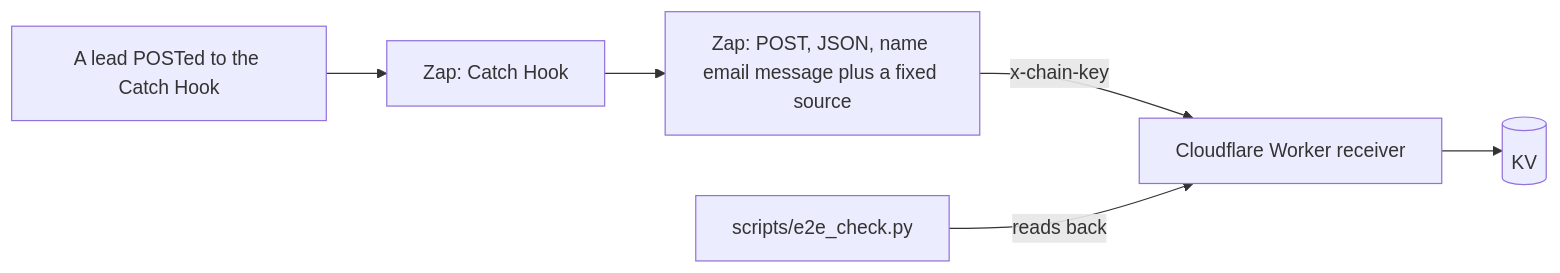
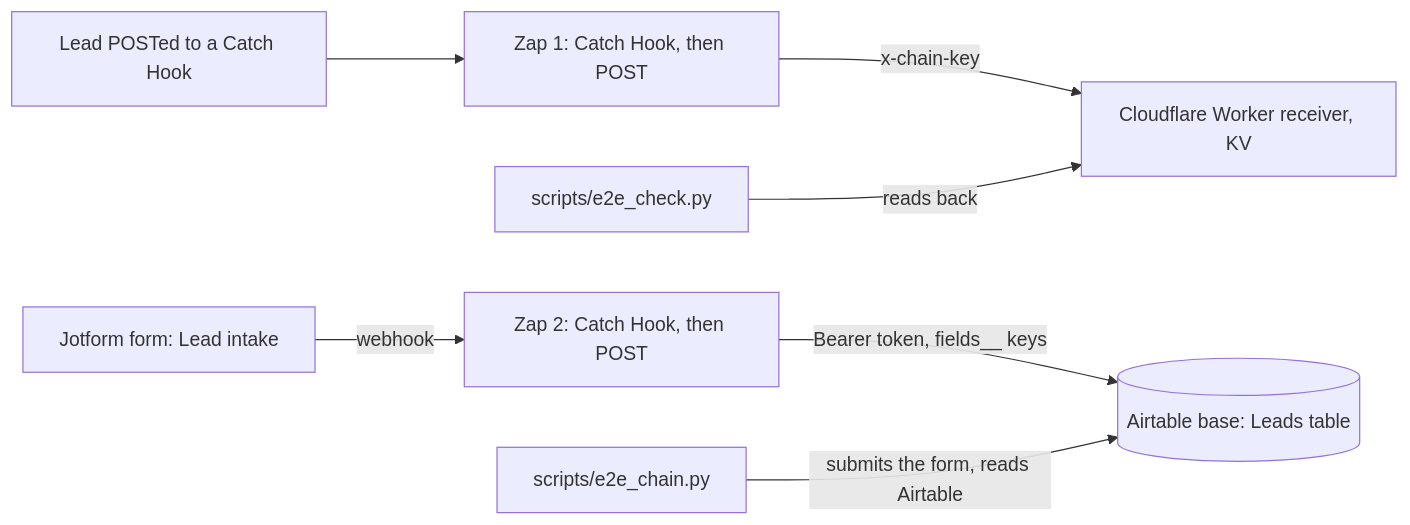
One commit to Exalt24/zapier-lead-intake-lab changed the diagram in README.md. Above: the diagram before and after it, drawn with Mermaid. The commit also changed other lines of this file and 9 other files, not shown here.

First line of the commit message:
Add a Jotform to Zapier to Airtable chain with its own end-to-end check

````diff
--- a/README.md
+++ b/README.md
@@ -7,8 +10,9 @@
 ```mermaid
 flowchart LR
-  A[A lead POSTed to the Catch Hook] --> B[Zap: Catch Hook]
-  B --> C[Zap: POST, JSON, name email message plus a fixed source]
-  C -->|x-chain-key| D[Cloudflare Worker receiver]
-  D --> E[(KV)]
-  F[scripts/e2e_check.py] -->|reads back| D
+  A[Lead POSTed to a Catch Hook] --> B[Zap 1: Catch Hook, then POST]
+  B -->|x-chain-key| C[Cloudflare Worker receiver, KV]
+  J[Jotform form: Lead intake] -->|webhook| K[Zap 2: Catch Hook, then POST]
+  K -->|Bearer token, fields__ keys| L[(Airtable base: Leads table)]
+  M[scripts/e2e_check.py] -->|reads back| C
+  N[scripts/e2e_chain.py] -->|submits the form, reads Airtable| L
 ```
````
